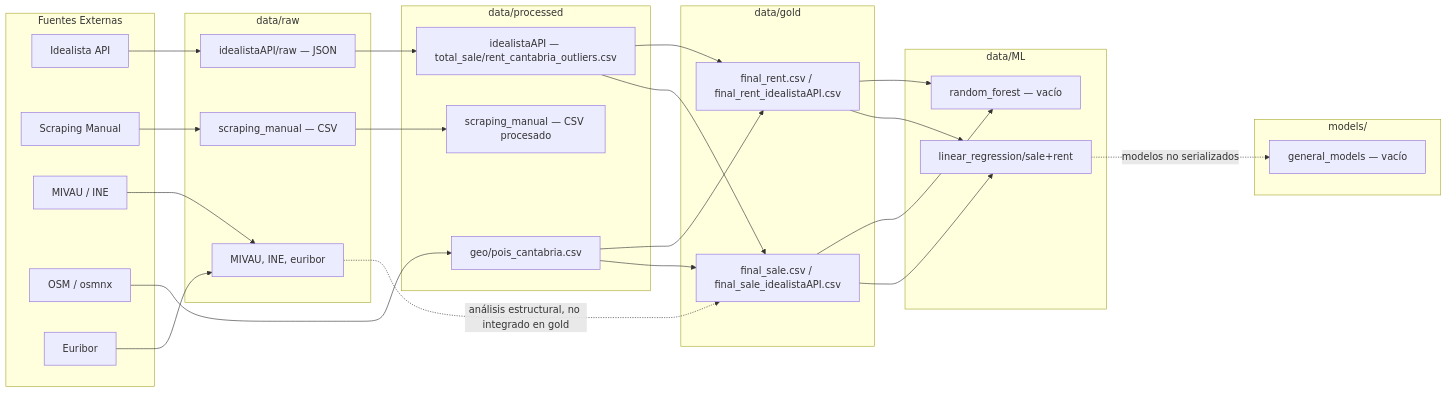
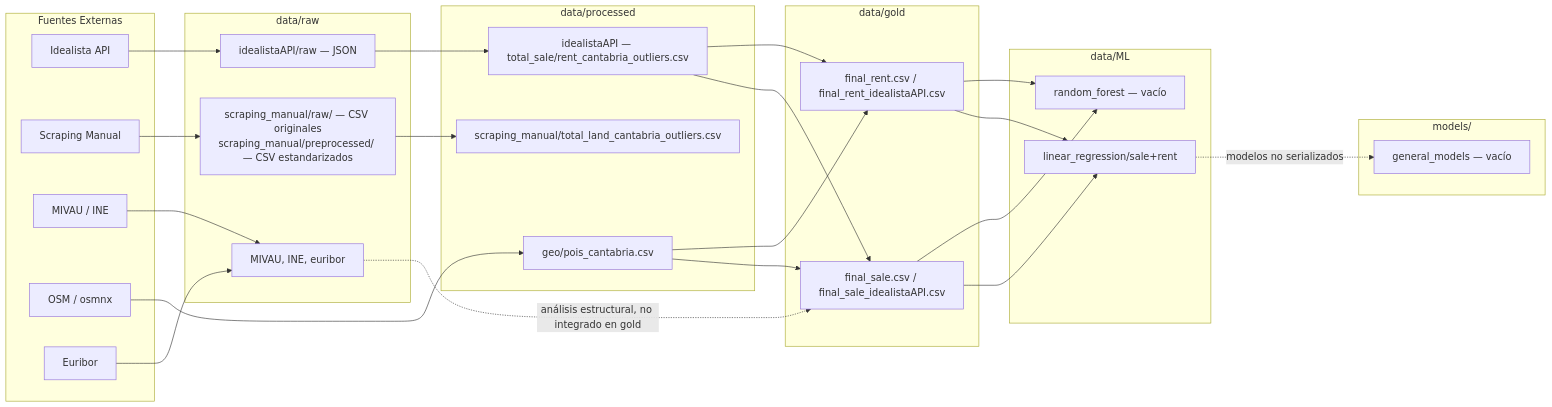
Before and after one commit to sitomachu/bezanillasl: the first of 4 diagrams in docs/estructura_completa_repositorio.md, drawn with Mermaid. The commit also changed other lines of this file and 14 other files, not shown here.

````diff
--- a/docs/estructura_completa_repositorio.md
+++ b/docs/estructura_completa_repositorio.md
@@ -180,56 +189,56 @@
 ```mermaid
 graph LR
     subgraph Fuentes Externas
         A[Idealista API]
         B[Scraping Manual]
         C[MIVAU / INE]
         D[OSM / osmnx]
         E[Euribor]
     end
 
     subgraph data/raw
         F[idealistaAPI/raw — JSON]
-        G[scraping_manual — CSV]
+        G["scraping_manual/raw/ — CSV originales\nscraping_manual/preprocessed/ — CSV estandarizados"]
         H[MIVAU, INE, euribor]
     end
 
     subgraph data/processed
         I[idealistaAPI — total_sale/rent_cantabria_outliers.csv]
-        J[scraping_manual — CSV procesado]
+        J["scraping_manual/total_land_cantabria_outliers.csv"]
         K[geo/pois_cantabria.csv]
     end
 
     subgraph data/gold
         L[final_sale.csv / final_sale_idealistaAPI.csv]
         M[final_rent.csv / final_rent_idealistaAPI.csv]
     end
 
     subgraph data/ML
         N[linear_regression/sale+rent]
         O[random_forest — vacío]
     end
 
     subgraph models/
         P[general_models — vacío]
     end
 
     A --> F
     B --> G
     C --> H
     D --> K
     E --> H
 
     F --> I
     G --> J
     I --> L
     I --> M
     K --> L
     K --> M
     H -.->|análisis estructural, no integrado en gold| L
 
     L --> N
     M --> N
     L --> O
     M --> O
     N -.->|modelos no serializados| P
 ```
````
